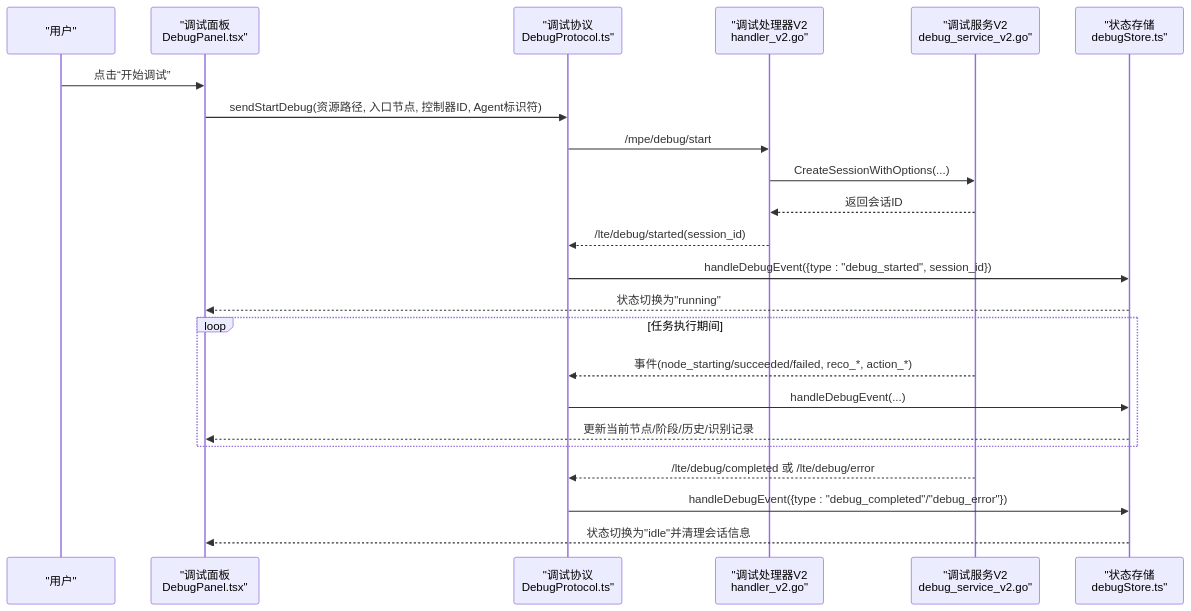
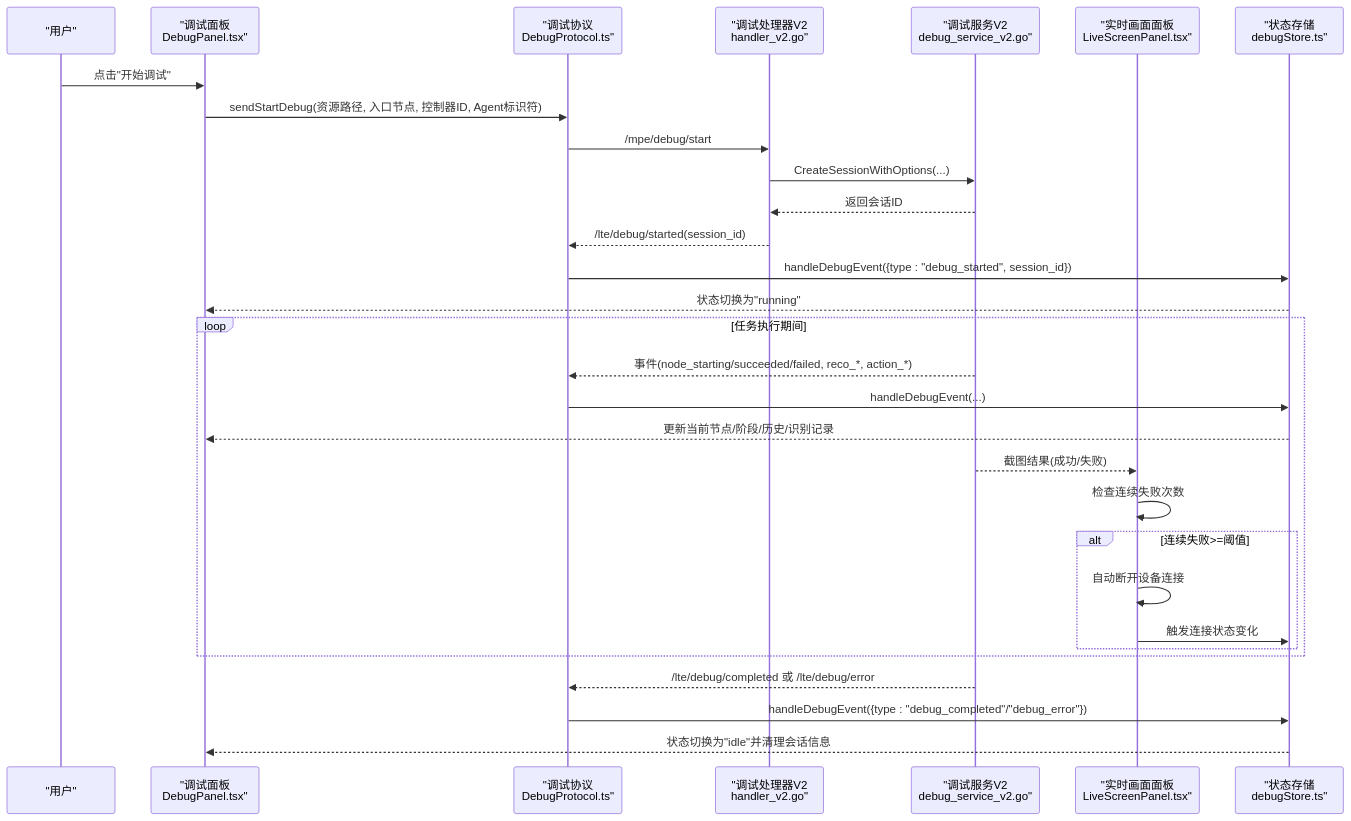
One commit to kqcoxn/MaaPipelineEditor changed the second of 7 diagrams in .qoder/repowiki/zh/content/调试与诊断/实时调试.md. Above: the diagram before and after it, drawn with Mermaid. The commit also changed other lines of this file and 19 other files, not shown here.

````diff
--- a/.qoder/repowiki/zh/content/调试与诊断/实时调试.md
+++ b/.qoder/repowiki/zh/content/调试与诊断/实时调试.md
@@ -93,25 +117,32 @@
 ```mermaid
 sequenceDiagram
 participant U as "用户"
 participant DP as "调试面板<br/>DebugPanel.tsx"
 participant DProto as "调试协议<br/>DebugProtocol.ts"
 participant DHV2 as "调试处理器V2<br/>handler_v2.go"
 participant DSV2 as "调试服务V2<br/>debug_service_v2.go"
+participant LSP as "实时画面面板<br/>LiveScreenPanel.tsx"
 participant DS as "状态存储<br/>debugStore.ts"
-U->>DP : 点击“开始调试”
+U->>DP : 点击"开始调试"
 DP->>DProto : sendStartDebug(资源路径, 入口节点, 控制器ID, Agent标识符)
 DProto->>DHV2 : /mpe/debug/start
 DHV2->>DSV2 : CreateSessionWithOptions(...)
 DSV2-->>DHV2 : 返回会话ID
 DHV2-->>DProto : /lte/debug/started(session_id)
 DProto->>DS : handleDebugEvent({type : "debug_started", session_id})
 DS-->>DP : 状态切换为"running"
 loop 任务执行期间
 DSV2-->>DProto : 事件(node_starting/succeeded/failed, reco_*, action_*)
 DProto->>DS : handleDebugEvent(...)
 DS-->>DP : 更新当前节点/阶段/历史/识别记录
+DSV2-->>LSP : 截图结果(成功/失败)
+LSP->>LSP : 检查连续失败次数
+alt 连续失败>=阈值
+LSP->>LSP : 自动断开设备连接
+LSP->>DS : 触发连接状态变化
+end
 end
 DSV2-->>DProto : /lte/debug/completed 或 /lte/debug/error
 DProto->>DS : handleDebugEvent({type : "debug_completed"/"debug_error"})
 DS-->>DP : 状态切换为"idle"并清理会话信息
 ```
````
